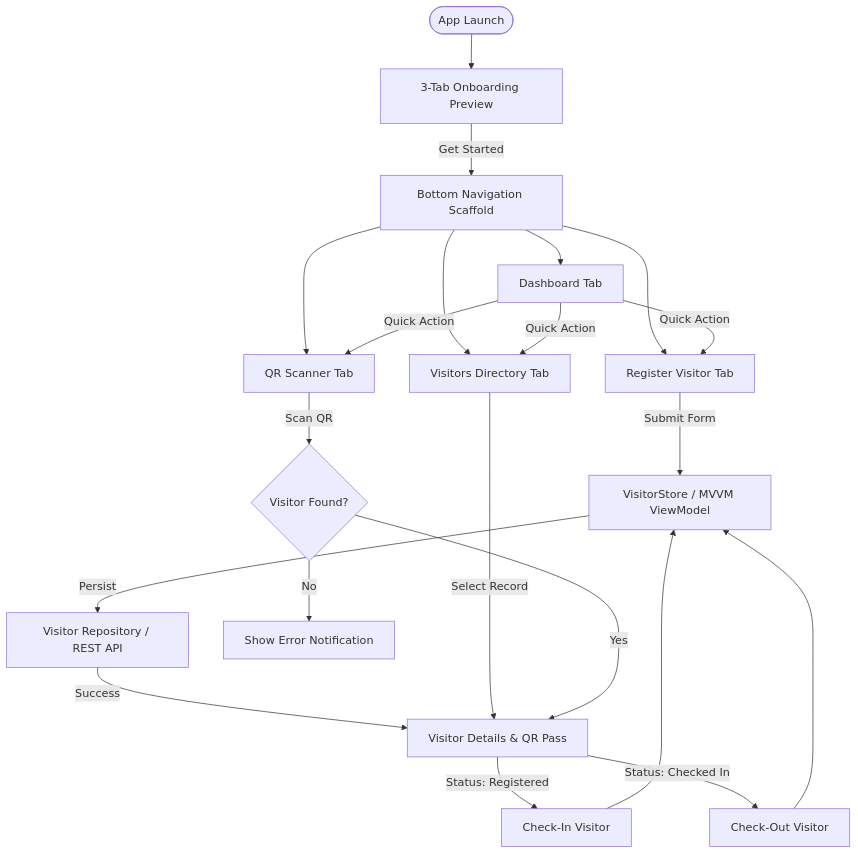
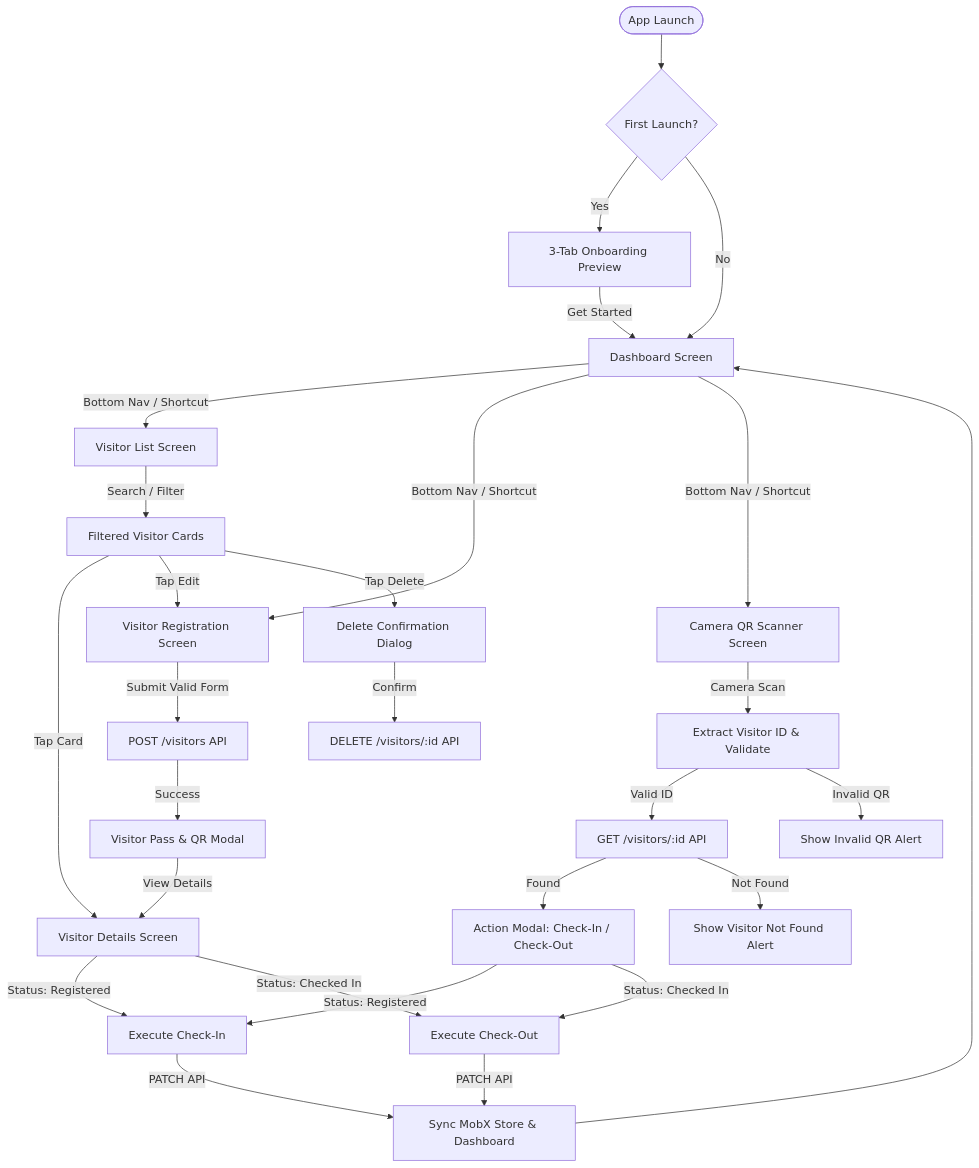
One commit to yashvora63/visitor-management-mobile-application changed the diagram in visitor_management_app/README.md. Above: the diagram before and after it, drawn with Mermaid. The commit also changed other lines of this file and 22 other files, not shown here.

Commit message:
refactor: update README documentation and clean up routing architecture

````diff
--- a/visitor_management_app/README.md
+++ b/visitor_management_app/README.md
@@ -107,28 +222,37 @@
 ```mermaid
 flowchart TD
-    AppLaunch([App Launch]) --> Preview[3-Tab Onboarding Preview]
-    Preview -->|Get Started| BottomNav[Bottom Navigation Scaffold]
+    Launch([App Launch]) --> CheckNav{First Launch?}
+    CheckNav -->|Yes| Preview[3-Tab Onboarding Preview]
+    CheckNav -->|No| Dashboard[Dashboard Screen]
+    Preview -->|Get Started| Dashboard
     
-    BottomNav --> Tab1[Dashboard Tab]
-    BottomNav --> Tab2[Visitors Directory Tab]
-    BottomNav --> Tab3[Register Visitor Tab]
-    BottomNav --> Tab4[QR Scanner Tab]
+    Dashboard -->|Bottom Nav / Shortcut| VisitorList[Visitor List Screen]
+    Dashboard -->|Bottom Nav / Shortcut| Register[Visitor Registration Screen]
+    Dashboard -->|Bottom Nav / Shortcut| Scanner[Camera QR Scanner Screen]
     
-    Tab1 -->|Quick Action| Tab3
-    Tab1 -->|Quick Action| Tab2
-    Tab1 -->|Quick Action| Tab4
+    Register -->|Submit Valid Form| PostAPI[POST /visitors API]
+    PostAPI -->|Success| PassSheet[Visitor Pass & QR Modal]
+    PassSheet -->|View Details| Details[Visitor Details Screen]
     
-    Tab3 -->|Submit Form| MobXStore[VisitorStore / MVVM ViewModel]
-    MobXStore -->|Persist| Repository[Visitor Repository / REST API]
-    Repository -->|Success| Details[Visitor Details & QR Pass]
+    VisitorList -->|Search / Filter| FilteredList[Filtered Visitor Cards]
+    FilteredList -->|Tap Card| Details
+    FilteredList -->|Tap Edit| Register
+    FilteredList -->|Tap Delete| DeleteDialog[Delete Confirmation Dialog]
+    DeleteDialog -->|Confirm| DeleteAPI[DELETE /visitors/:id API]
     
-    Tab2 -->|Select Record| Details
-    Tab4 -->|Scan QR| MatchVisitor{Visitor Found?}
-    MatchVisitor -->|Yes| Details
-    MatchVisitor -->|No| ScanError[Show Error Notification]
+    Scanner -->|Camera Scan| ParseQR[Extract Visitor ID & Validate]
+    ParseQR -->|Valid ID| FetchAPI[GET /visitors/:id API]
+    ParseQR -->|Invalid QR| InvalidDialog[Show Invalid QR Alert]
+    FetchAPI -->|Found| ActionModal[Action Modal: Check-In / Check-Out]
+    FetchAPI -->|Not Found| NotFoundDialog[Show Visitor Not Found Alert]
     
-    Details -->|Status: Registered| CheckInAction[Check-In Visitor]
-    Details -->|Status: Checked In| CheckOutAction[Check-Out Visitor]
-    CheckInAction --> MobXStore
-    CheckOutAction --> MobXStore
+    ActionModal -->|Status: Registered| DoCheckIn[Execute Check-In]
+    ActionModal -->|Status: Checked In| DoCheckOut[Execute Check-Out]
+    
+    Details -->|Status: Registered| DoCheckIn
+    Details -->|Status: Checked In| DoCheckOut
+    
+    DoCheckIn -->|PATCH API| SyncStores[Sync MobX Store & Dashboard]
+    DoCheckOut -->|PATCH API| SyncStores
+    SyncStores --> Dashboard
 ```
````
